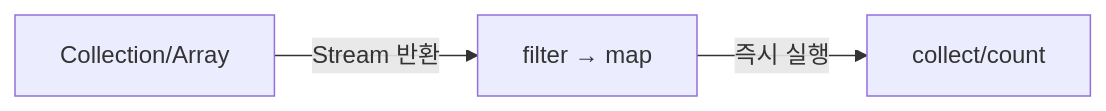
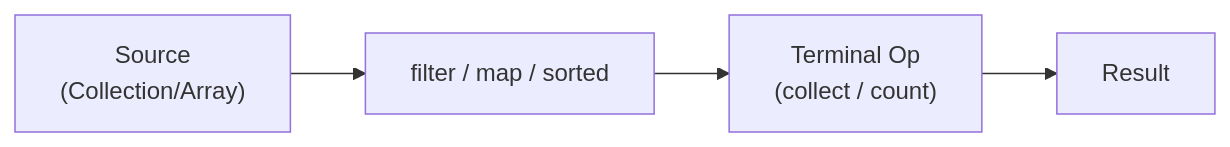
One commit to yjkim2015/yjkim2015.github.io changed the first of 4 diagrams in _posts/java/2026-05-01-java-stream.md. Above: the diagram before and after it, drawn with Mermaid. The commit also changed other lines of this file and 4 other files, not shown here.

First line of the commit message:
5개 포스트 시니어급 심화 (Java VThread/HashMap/Stream/JVM, Kafka Outbox)

````diff
--- a/_posts/java/2026-05-01-java-stream.md
+++ b/_posts/java/2026-05-01-java-stream.md
@@ -63,5 +22,6 @@
 ```mermaid
 graph LR
-  A["Collection/Array"] -->|"Stream 반환"| B["filter → map"]
-  B -->|"즉시 실행"| C["collect/count"]
+  A["Source<br/>(Collection/Array)"] --> B["filter / map / sorted"]
+  B --> C["Terminal Op<br/>(collect / count)"]
+  C --> D["Result"]
 ```
````
